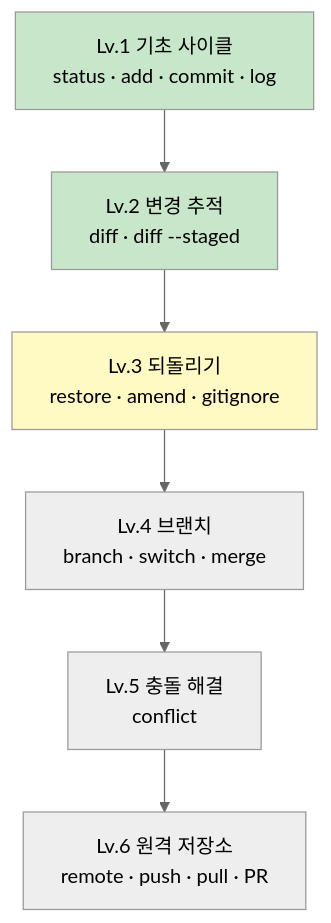
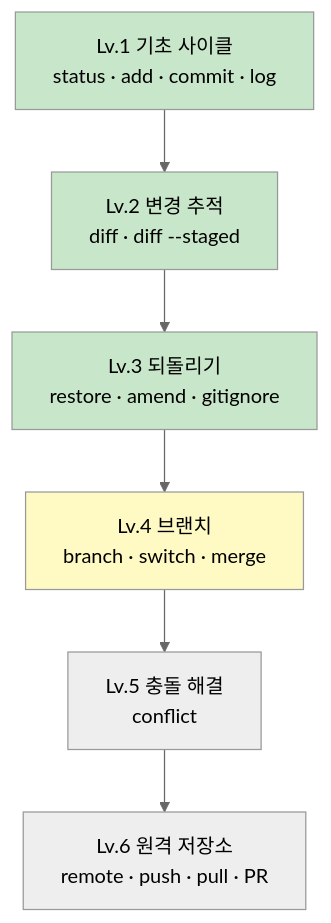
One commit to LeeHwon0217/git-study-notes changed the third of 3 diagrams in README.md. Above: the diagram before and after it, drawn with Mermaid (neutral theme). The commit also changed other lines of this file and 2 other files, not shown here.

````diff
--- a/README.md
+++ b/README.md
@@ -104,12 +104,13 @@
 ```mermaid
 flowchart TD
     L1["Lv.1 기초 사이클<br/>status · add · commit · log"] --> L2["Lv.2 변경 추적<br/>diff · diff --staged"]
     L2 --> L3["Lv.3 되돌리기<br/>restore · amend · gitignore"]
     L3 --> L4["Lv.4 브랜치<br/>branch · switch · merge"]
     L4 --> L5["Lv.5 충돌 해결<br/>conflict"]
     L5 --> L6["Lv.6 원격 저장소<br/>remote · push · pull · PR"]
 
     style L1 fill:#c8e6c9,color:#000
     style L2 fill:#c8e6c9,color:#000
-    style L3 fill:#fff9c4,color:#000
+    style L3 fill:#c8e6c9,color:#000
+    style L4 fill:#fff9c4,color:#000
 ```
````
